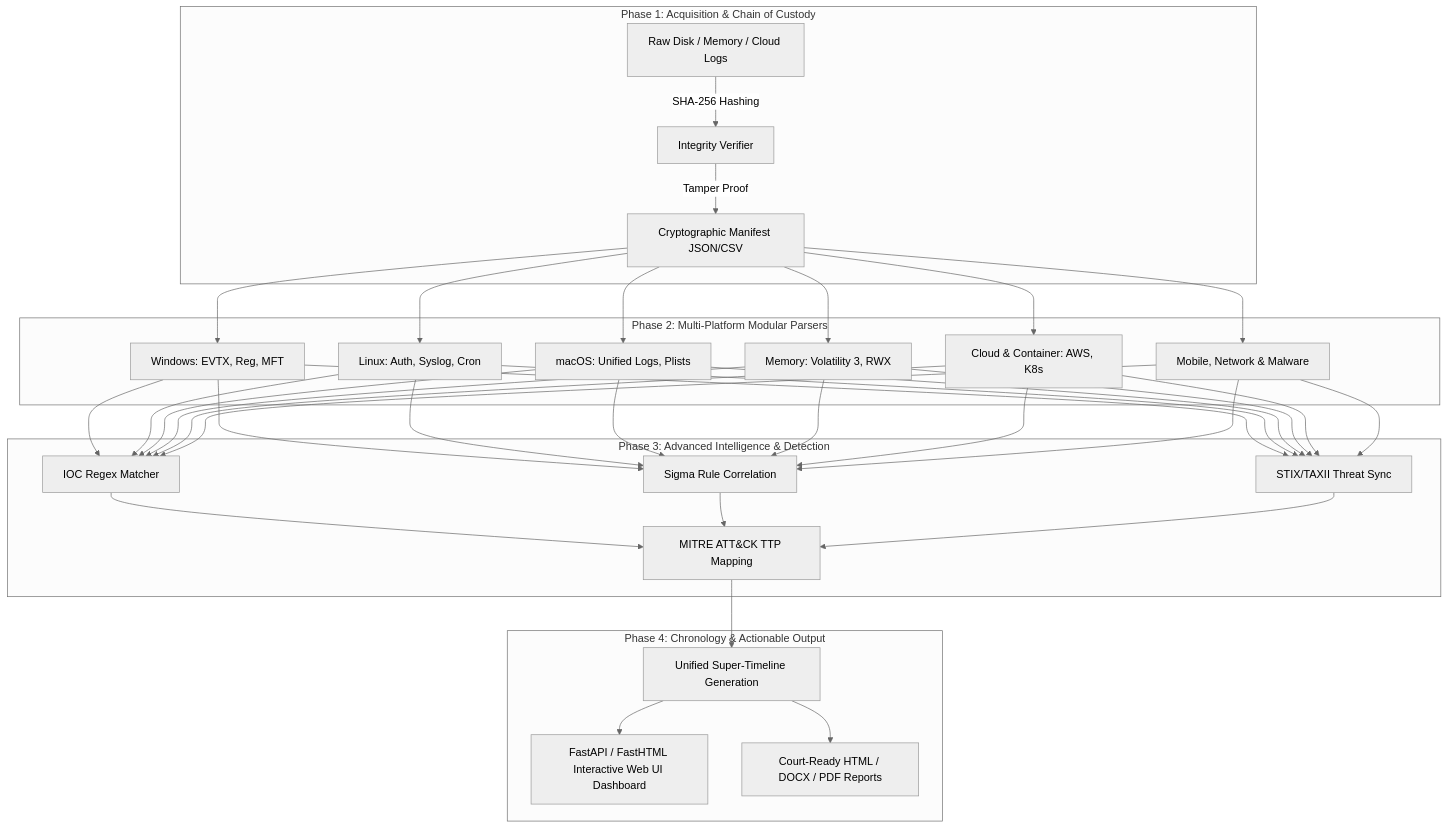
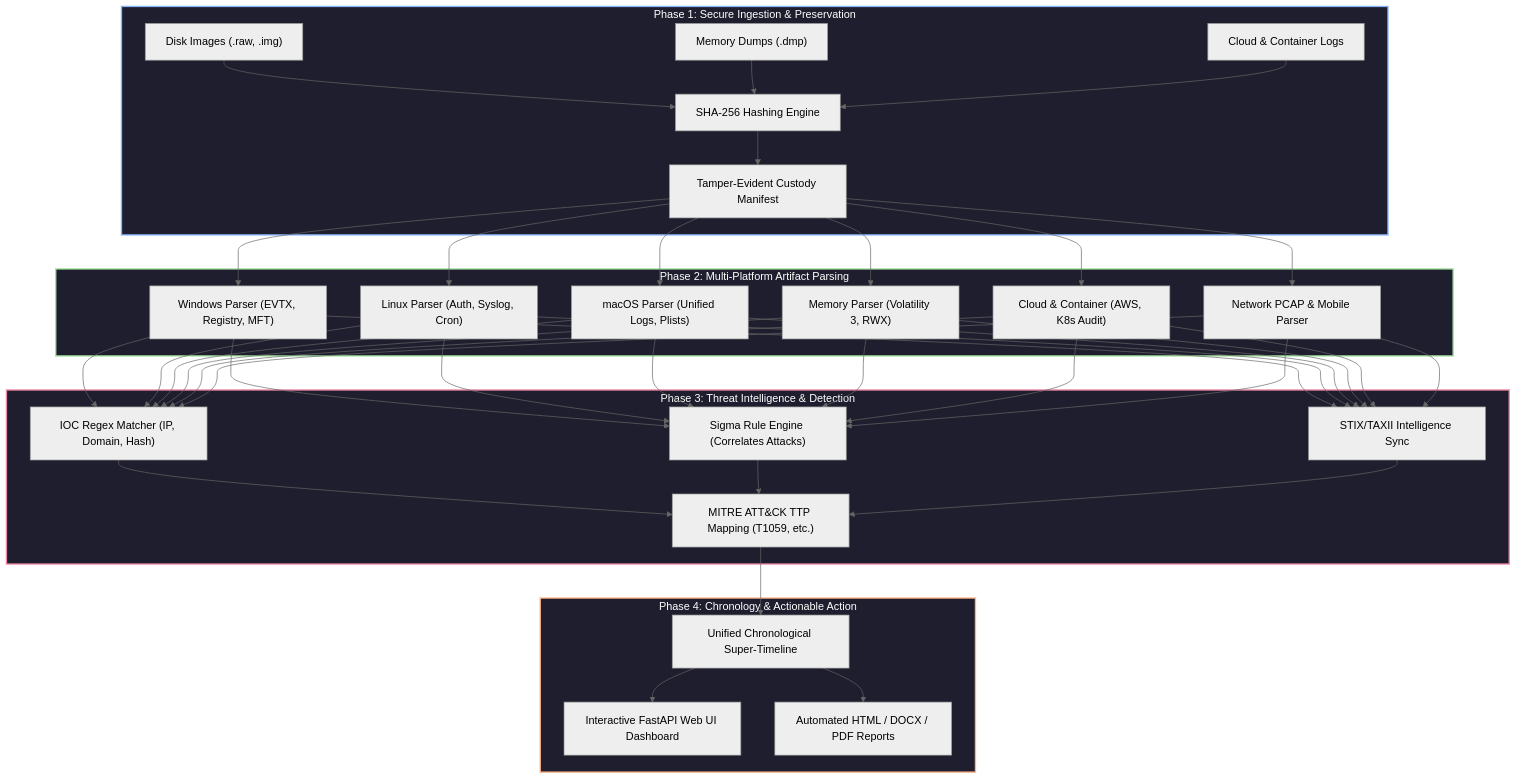
One commit to abhiiibabariya-dev/AllinOneForensics changed the diagram in README.md. Above: the diagram before and after it, drawn with Mermaid (neutral theme). The commit also changed other lines of this file, not shown here.

Commit message:
Add comprehensive graphics, advanced tools breakdown, purpose, need, and usage instructions to README.md

````diff
--- a/README.md
+++ b/README.md
@@ -25,29 +27,36 @@
 ```mermaid
 graph TD
-    subgraph PHASE_1 [Phase 1: Acquisition & Chain of Custody]
-        E1[Raw Disk / Memory / Cloud Logs] -->|SHA-256 Hashing| E2[Integrity Verifier]
-        E2 -->|Tamper Proof| E3[Cryptographic Manifest JSON/CSV]
+    subgraph INGESTION ["Phase 1: Secure Ingestion & Preservation"]
+        I1["Disk Images (.raw, .img)"] --> HASH["SHA-256 Hashing Engine"]
+        I2["Memory Dumps (.dmp)"] --> HASH
+        I3["Cloud & Container Logs"] --> HASH
+        HASH --> MANIFEST["Tamper-Evident Custody Manifest"]
     end
 
-    subgraph PHASE_2 [Phase 2: Multi-Platform Modular Parsers]
-        E3 --> P1[Windows: EVTX, Reg, MFT]
-        E3 --> P2[Linux: Auth, Syslog, Cron]
-        E3 --> P3[macOS: Unified Logs, Plists]
-        E3 --> P4[Memory: Volatility 3, RWX]
-        E3 --> P5[Cloud & Container: AWS, K8s]
-        E3 --> P6[Mobile, Network & Malware]
+    subgraph PARSERS ["Phase 2: Multi-Platform Artifact Parsing"]
+        MANIFEST --> P1["Windows Parser (EVTX, Registry, MFT)"]
+        MANIFEST --> P2["Linux Parser (Auth, Syslog, Cron)"]
+        MANIFEST --> P3["macOS Parser (Unified Logs, Plists)"]
+        MANIFEST --> P4["Memory Parser (Volatility 3, RWX)"]
+        MANIFEST --> P5["Cloud & Container (AWS, K8s Audit)"]
+        MANIFEST --> P6["Network PCAP & Mobile Parser"]
     end
 
-    subgraph PHASE_3 [Phase 3: Advanced Intelligence & Detection]
-        P1 & P2 & P3 & P4 & P5 & P6 --> D1[IOC Regex Matcher]
-        P1 & P2 & P3 & P4 & P5 & P6 --> D2[Sigma Rule Correlation]
-        P1 & P2 & P3 & P4 & P5 & P6 --> D3[STIX/TAXII Threat Sync]
-        D1 & D2 & D3 --> D4[MITRE ATT&CK TTP Mapping]
+    subgraph INTELLIGENCE ["Phase 3: Threat Intelligence & Detection"]
+        P1 & P2 & P3 & P4 & P5 & P6 --> S1["IOC Regex Matcher (IP, Domain, Hash)"]
+        P1 & P2 & P3 & P4 & P5 & P6 --> S2["Sigma Rule Engine (Correlates Attacks)"]
+        P1 & P2 & P3 & P4 & P5 & P6 --> S3["STIX/TAXII Intelligence Sync"]
+        S1 & S2 & S3 --> MITRE["MITRE ATT&CK TTP Mapping (T1059, etc.)"]
     end
 
-    subgraph PHASE_4 [Phase 4: Chronology & Actionable Output]
-        D4 --> R1[Unified Super-Timeline Generation]
-        R1 --> R2[FastAPI / FastHTML Interactive Web UI Dashboard]
-        R1 --> R3[Court-Ready HTML / DOCX / PDF Reports]
+    subgraph OUTPUT ["Phase 4: Chronology & Actionable Action"]
+        MITRE --> TL["Unified Chronological Super-Timeline"]
+        TL --> UI["Interactive FastAPI Web UI Dashboard"]
+        TL --> REP["Automated HTML / DOCX / PDF Reports"]
     end
+
+    style INGESTION fill:#1e1e2e,stroke:#89b4fa,stroke-width:2px,color:#fff
+    style PARSERS fill:#1e1e2e,stroke:#a6e3a1,stroke-width:2px,color:#fff
+    style INTELLIGENCE fill:#1e1e2e,stroke:#f38ba8,stroke-width:2px,color:#fff
+    style OUTPUT fill:#1e1e2e,stroke:#fab387,stroke-width:2px,color:#fff
 ```
````
